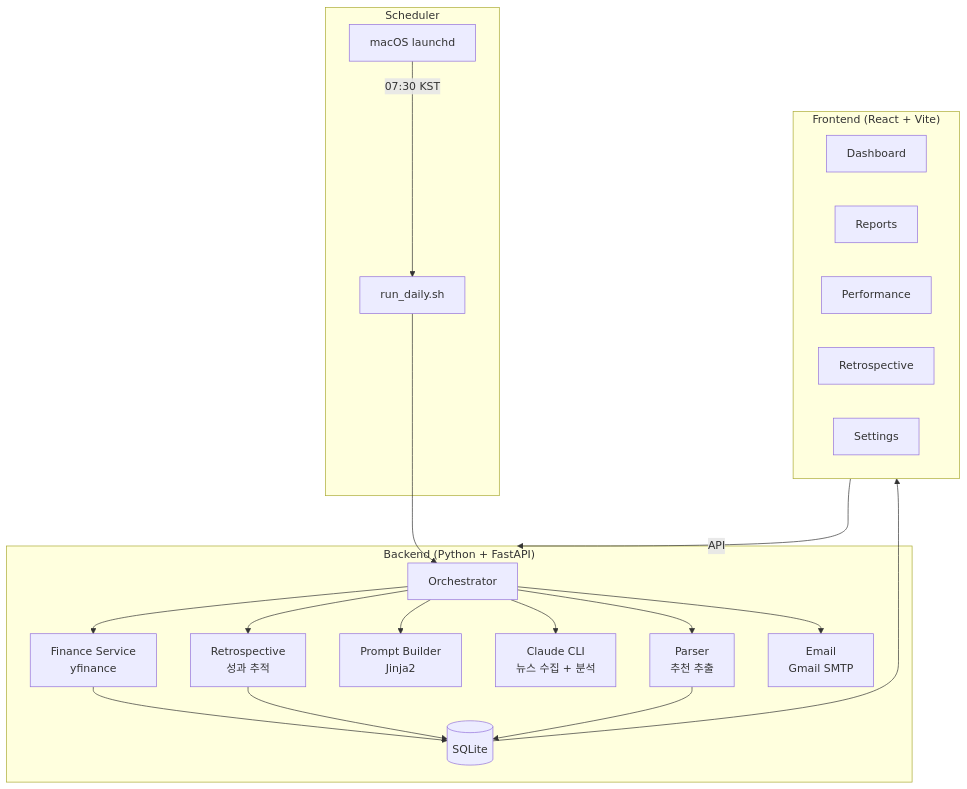
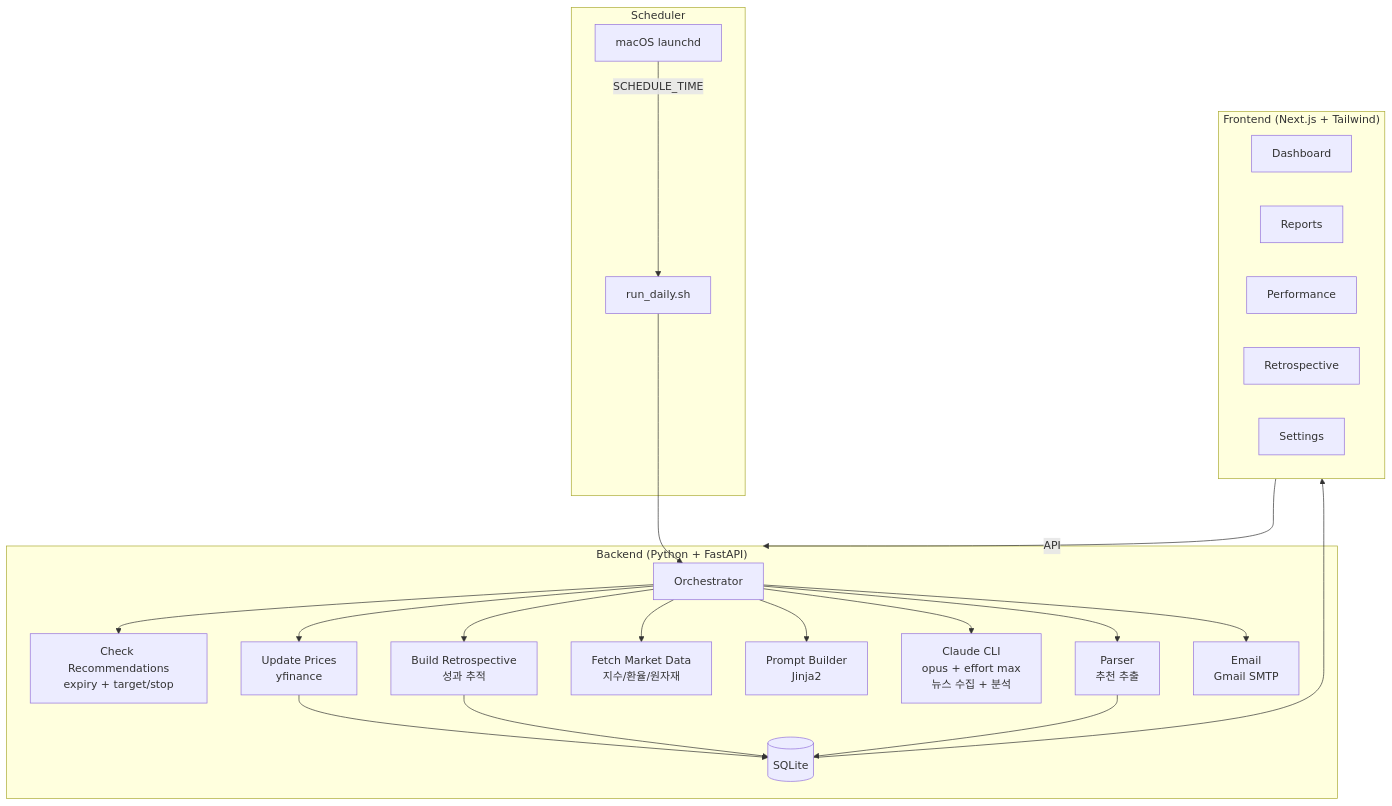
Before and after one commit to baba9811/daily-market-report: the diagram in README.md, drawn with Mermaid. The commit also changed other lines of this file and 8 other files, not shown here.

````diff
--- a/README.md
+++ b/README.md
@@ -35,30 +37,32 @@
 ```mermaid
 graph TB
     subgraph Scheduler
-        L[macOS launchd] -->|07:30 KST| S[run_daily.sh]
+        L[macOS launchd] -->|SCHEDULE_TIME| S[run_daily.sh]
     end
 
     subgraph Backend["Backend (Python + FastAPI)"]
         S --> O[Orchestrator]
-        O --> F[Finance Service<br/>yfinance]
-        O --> R[Retrospective<br/>성과 추적]
-        O --> P[Prompt Builder<br/>Jinja2]
-        O --> C[Claude CLI<br/>뉴스 수집 + 분석]
+        O --> CK[Check Recommendations<br/>expiry + target/stop]
+        O --> UP[Update Prices<br/>yfinance]
+        O --> RT[Build Retrospective<br/>성과 추적]
+        O --> MD[Fetch Market Data<br/>지수/환율/원자재]
+        O --> PB[Prompt Builder<br/>Jinja2]
+        O --> C[Claude CLI<br/>opus + effort max<br/>뉴스 수집 + 분석]
         O --> PR[Parser<br/>추천 추출]
         O --> E[Email<br/>Gmail SMTP]
-        F --> DB[(SQLite)]
-        R --> DB
+        UP --> DB[(SQLite)]
+        RT --> DB
         PR --> DB
     end
 
-    subgraph Frontend["Frontend (React + Vite)"]
+    subgraph Frontend["Frontend (Next.js + Tailwind)"]
         D[Dashboard]
         RP[Reports]
         PF[Performance]
-        RT[Retrospective]
+        RS[Retrospective]
         ST[Settings]
     end
 
     DB --> Frontend
     Frontend -->|API| Backend
 ```
````
